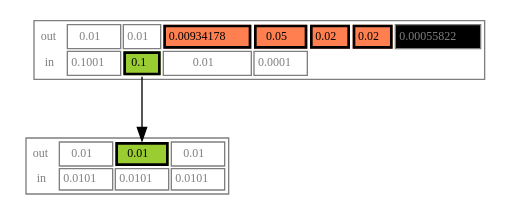
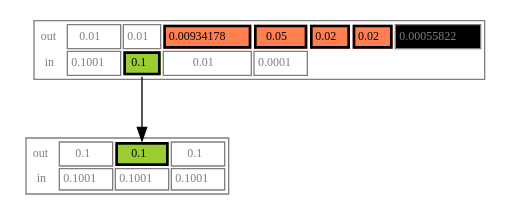
One commit to WalletWasabi/WabiSabi changed diagram 13 of 22 in simple_example_graphs.org. Above: the diagram before and after it, drawn with Graphviz. The commit also changed other lines of this file, not shown here.

Commit message:
fixup! Add diagrams to illustrate variety of transaction possibilities.

```diff
--- a/simple_example_graphs.org
+++ b/simple_example_graphs.org
@@ -844,42 +844,42 @@
      #+BEGIN_SRC dot :file diagrams/txs/14.svg
      digraph {
          node [shape=none,fontsize=9,color=grey50,fontcolor=grey50]
 
          mix [
              label =<<table cellspacing="2pt" cellpadding="2pt">
              <tr><td border="0">out</td>
                  <td>0.01</td>
                  <td>0.01</td>
                  <td border="2pt" color="black" bgcolor="coral"><font color="black">0.00934178</font></td>
                  <td border="2pt" color="black" bgcolor="coral"><font color="black">0.05</font></td>
                  <td border="2pt" color="black" bgcolor="coral"><font color="black">0.02</font></td>
                  <td border="2pt" color="black" bgcolor="coral"><font color="black">0.02</font></td>
                  <td port="coord" bgcolor="black">0.00055822</td>
              </tr>
              <tr><td border="0">in</td>
                  <td>0.1001</td>
                  <td port="i01" border="2pt" color="black" bgcolor="olivedrab3"><font color="black">0.1</font></td>
                  <td>0.01</td>
                  <td>0.0001</td>
              </tr>
              </table>>
          ]
 
          prev_mix [
              label =<<table cellspacing="2pt" cellpadding="2pt">
              <tr><td border="0">out</td>
-                 <td>0.01</td>
-                 <td port="o01" border="2pt" color="black" bgcolor="olivedrab3"><font color="black">0.01</font></td>
-                 <td>0.01</td>
+                 <td>0.1</td>
+                 <td port="o01" border="2pt" color="black" bgcolor="olivedrab3"><font color="black">0.1</font></td>
+                 <td>0.1</td>
              </tr>
              <tr><td border="0">in</td>
-                 <td>0.0101</td>
-                 <td>0.0101</td>
-                 <td>0.0101</td>
+                 <td>0.1001</td>
+                 <td>0.1001</td>
+                 <td>0.1001</td>
              </tr>
              </table>>
          ]
 
          mix:i01 -> prev_mix:o01
      }
      #+END_SRC
```
